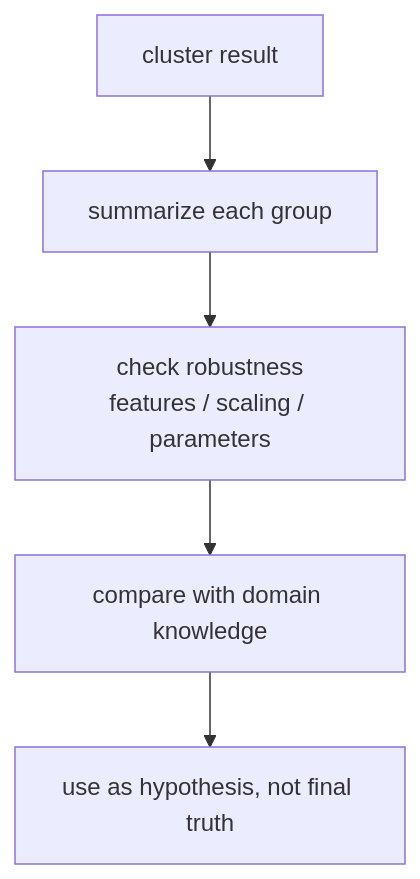
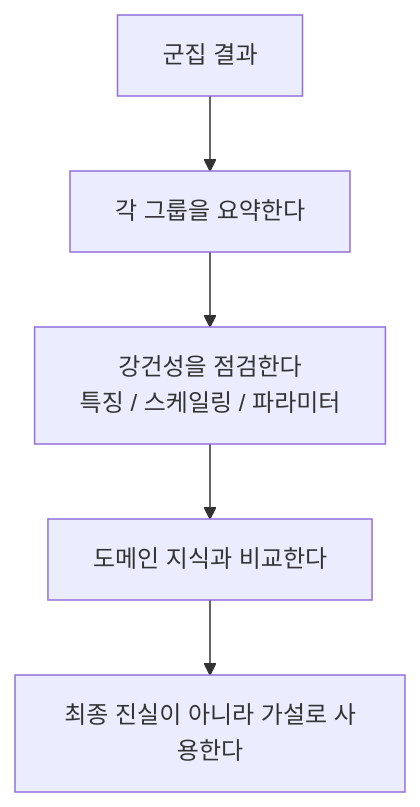
Before and after one commit to devchan64/AiBook: the diagram in docs/assets/part-04/chapter-17/p4-17-2-mermaid-06-ko.mmd, drawn with Mermaid. The commit also changed 279 other files, not shown here.

Commit message:
Localize Part 4 Korean and Chinese diagrams

```diff
--- a/docs/assets/part-04/chapter-17/p4-17-2-mermaid-06-ko.mmd
+++ b/docs/assets/part-04/chapter-17/p4-17-2-mermaid-06-ko.mmd
@@ -1,8 +1,8 @@
 flowchart TB
-  A["cluster result"]
-  B["summarize each group"]
-  C["check robustness<br/>features / scaling / parameters"]
-  D["compare with domain knowledge"]
-  E["use as hypothesis, not final truth"]
+  A["군집 결과"]
+  B["각 그룹을 요약한다"]
+  C["강건성을 점검한다<br/>특징 / 스케일링 / 파라미터"]
+  D["도메인 지식과 비교한다"]
+  E["최종 진실이 아니라 가설로 사용한다"]
 
   A --> B --> C --> D --> E
```
